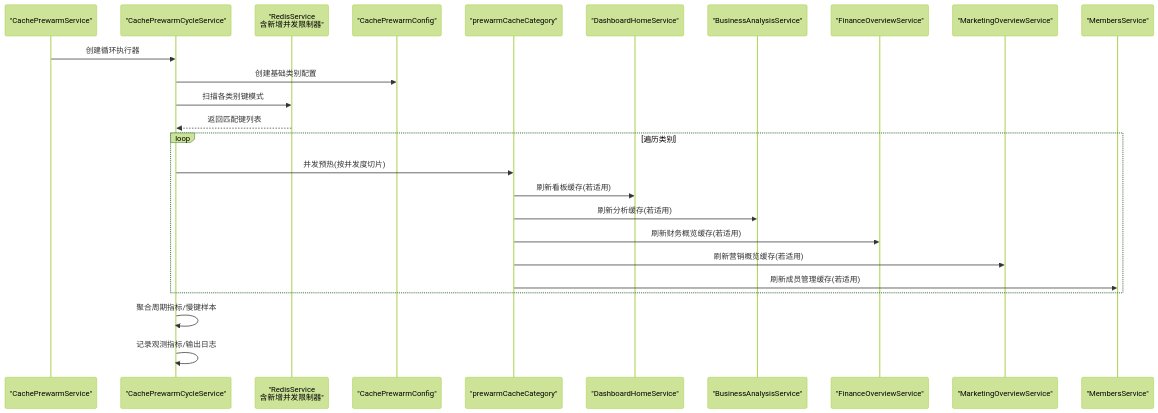
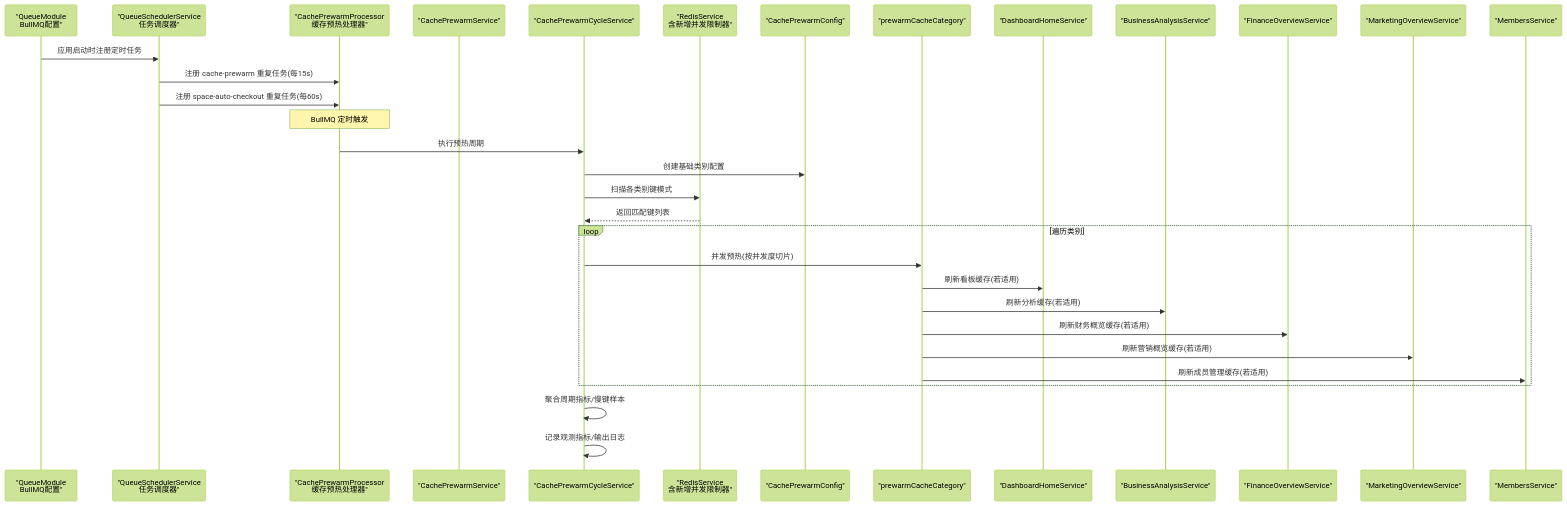
The second of 10 diagrams in .qoder/repowiki/zh/content/缓存系统/缓存系统.md (rc558620/purelyprofit-server), drawn with Mermaid (forest theme) before and after one commit. The commit also changed other lines of this file and 25 other files, not shown here.

````diff
--- a/.qoder/repowiki/zh/content/缓存系统/缓存系统.md
+++ b/.qoder/repowiki/zh/content/缓存系统/缓存系统.md
@@ -166,27 +198,34 @@
 ```mermaid
 sequenceDiagram
+participant QM as "QueueModule<br/>BullMQ配置"
+participant QS as "QueueSchedulerService<br/>任务调度器"
+participant CPQ as "CachePrewarmProcessor<br/>缓存预热处理器"
 participant Svc as "CachePrewarmService"
 participant Cycle as "CachePrewarmCycleService"
 participant Redis as "RedisService<br/>含新增并发限制器"
 participant Cfg as "CachePrewarmConfig"
 participant Exec as "prewarmCacheCategory"
 participant BizDH as "DashboardHomeService"
 participant BizBA as "BusinessAnalysisService"
 participant BizFO as "FinanceOverviewService"
 participant BizMO as "MarketingOverviewService"
 participant BizMEM as "MembersService"
-Svc->>Cycle : 创建循环执行器
+QM->>QS : 应用启动时注册定时任务
+QS->>CPQ : 注册 cache-prewarm 重复任务(每15s)
+QS->>CPQ : 注册 space-auto-checkout 重复任务(每60s)
+Note over CPQ : BullMQ 定时触发
+CPQ->>Cycle : 执行预热周期
 Cycle->>Cfg : 创建基础类别配置
 Cycle->>Redis : 扫描各类别键模式
 Redis-->>Cycle : 返回匹配键列表
 loop 遍历类别
 Cycle->>Exec : 并发预热(按并发度切片)
 Exec->>BizDH : 刷新看板缓存(若适用)
 Exec->>BizBA : 刷新分析缓存(若适用)
 Exec->>BizFO : 刷新财务概览缓存(若适用)
 Exec->>BizMO : 刷新营销概览缓存(若适用)
 Exec->>BizMEM : 刷新成员管理缓存(若适用)
 end
 Cycle->>Cycle : 聚合周期指标/慢键样本
 Cycle->>Cycle : 记录观测指标/输出日志
 ```
````
